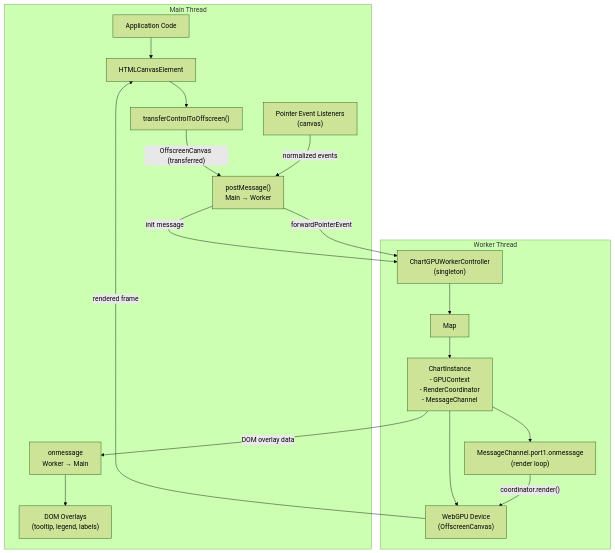
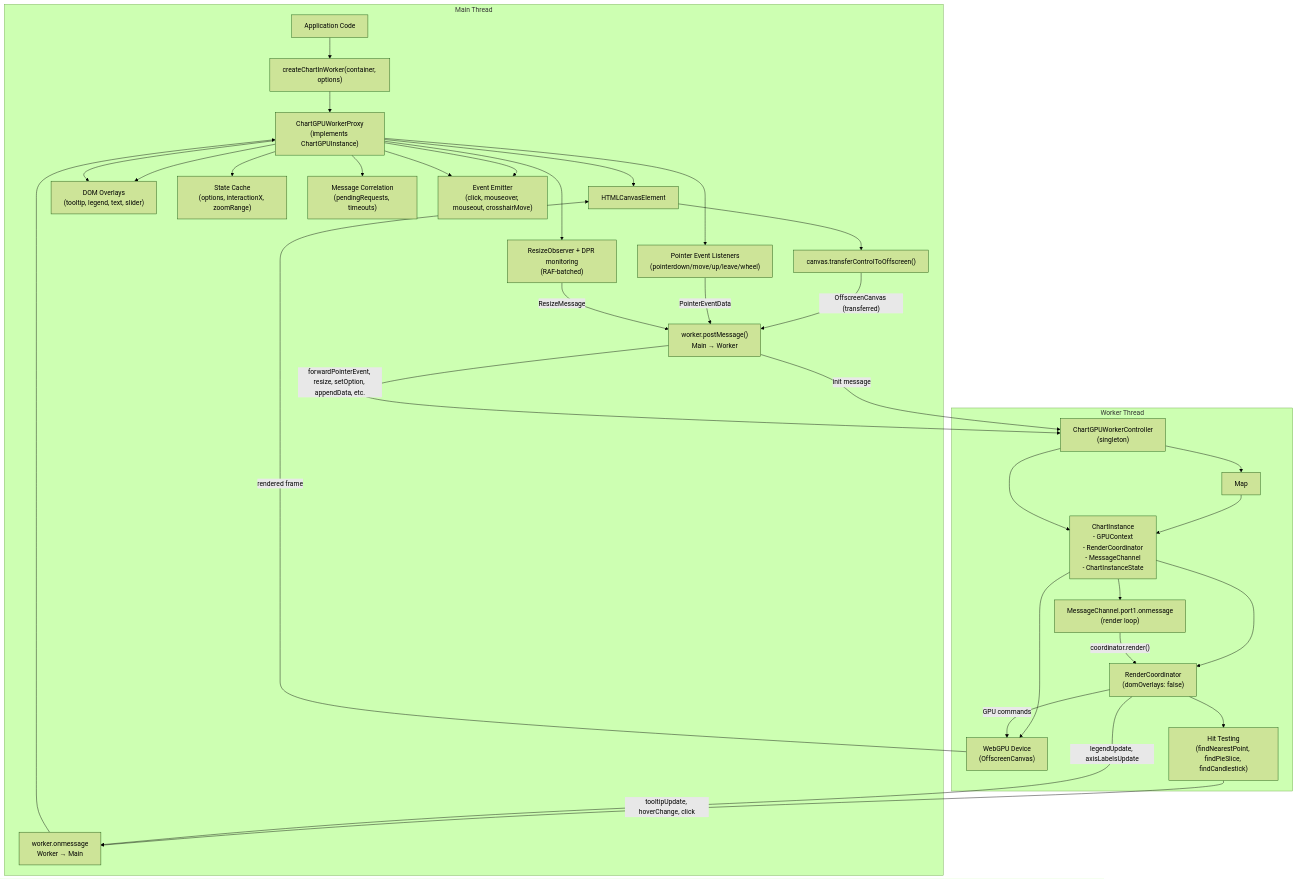
One commit to Mgczacki/ChartGPU changed the diagram in docs/internal/WORKER_ARCHITECTURE.md. Above: the diagram before and after it, drawn with Mermaid (forest theme). The commit also changed other lines of this file and 13 other files, not shown here.

````diff
--- a/docs/internal/WORKER_ARCHITECTURE.md
+++ b/docs/internal/WORKER_ARCHITECTURE.md
@@ -56,35 +344,59 @@
 ```mermaid
 graph TB
     subgraph MainThread["Main Thread"]
         App["Application Code"]
-        DOM["DOM Overlays<br/>(tooltip, legend, labels)"]
+        CreateInWorker["createChartInWorker(container, options)"]
+        Proxy["ChartGPUWorkerProxy<br/>(implements ChartGPUInstance)"]
         Canvas["HTMLCanvasElement"]
-        OffscreenTransfer["transferControlToOffscreen()"]
-        MessageSender["postMessage()<br/>Main → Worker"]
-        MessageReceiver["onmessage<br/>Worker → Main"]
-        PointerEvents["Pointer Event Listeners<br/>(canvas)"]
+        OffscreenTransfer["canvas.transferControlToOffscreen()"]
+        EventListeners["Pointer Event Listeners<br/>(pointerdown/move/up/leave/wheel)"]
+        ResizeObs["ResizeObserver + DPR monitoring<br/>(RAF-batched)"]
+        DOMOverlays["DOM Overlays<br/>(tooltip, legend, text, slider)"]
+        StateCache["State Cache<br/>(options, interactionX, zoomRange)"]
+        MessageCorrelation["Message Correlation<br/>(pendingRequests, timeouts)"]
+        EventEmitter["Event Emitter<br/>(click, mouseover, mouseout, crosshairMove)"]
+        MessageSender["worker.postMessage()<br/>Main → Worker"]
+        MessageReceiver["worker.onmessage<br/>Worker → Main"]
     end
 
     subgraph WorkerThread["Worker Thread"]
         Controller["ChartGPUWorkerController<br/>(singleton)"]
         Charts["Map<chartId, ChartInstance>"]
-        Instance["ChartInstance<br/>- GPUContext<br/>- RenderCoordinator<br/>- MessageChannel"]
+        Instance["ChartInstance<br/>- GPUContext<br/>- RenderCoordinator<br/>- MessageChannel<br/>- ChartInstanceState"]
         GPU["WebGPU Device<br/>(OffscreenCanvas)"]
         RenderLoop["MessageChannel.port1.onmessage<br/>(render loop)"]
+        Coordinator["RenderCoordinator<br/>(domOverlays: false)"]
+        HitTest["Hit Testing<br/>(findNearestPoint, findPieSlice, findCandlestick)"]
     end
 
-    App --> Canvas
+    App --> CreateInWorker
+    CreateInWorker --> Proxy
+    Proxy --> Canvas
+    Proxy --> EventListeners
+    Proxy --> ResizeObs
+    Proxy --> DOMOverlays
+    Proxy --> StateCache
+    Proxy --> MessageCorrelation
+    Proxy --> EventEmitter
     Canvas --> OffscreenTransfer
     OffscreenTransfer -->|"OffscreenCanvas (transferred)"| MessageSender
     MessageSender -->|"init message"| Controller
     Controller --> Charts
     Charts --> Instance
     Instance --> GPU
     Instance --> RenderLoop
-    RenderLoop -->|"coordinator.render()"| GPU
+    Instance --> Coordinator
+    RenderLoop -->|"coordinator.render()"| Coordinator
+    Coordinator -->|"GPU commands"| GPU
     GPU -->|"rendered frame"| Canvas
-    Instance -->|"DOM overlay data"| MessageReceiver
-    MessageReceiver --> DOM
-    PointerEvents -->|"normalized events"| MessageSender
-    MessageSender -->|"forwardPointerEvent"| Controller
+    Coordinator --> HitTest
+    HitTest -->|"tooltipUpdate, hoverChange, click"| MessageReceiver
+    Coordinator -->|"legendUpdate, axisLabelsUpdate"| MessageReceiver
+    MessageReceiver --> Proxy
+    Proxy --> DOMOverlays
+    Proxy --> EventEmitter
+    EventListeners -->|"PointerEventData"| MessageSender
+    ResizeObs -->|"ResizeMessage"| MessageSender
+    MessageSender -->|"forwardPointerEvent, resize, setOption, appendData, etc."| Controller
+    Controller --> Instance
 ```
````
